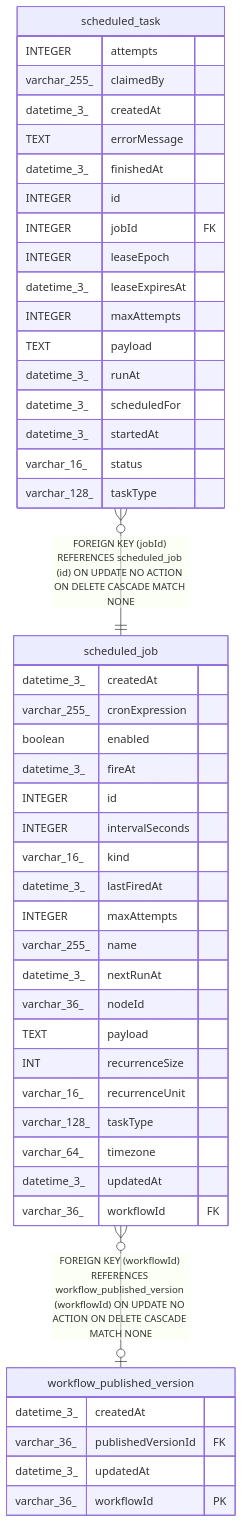
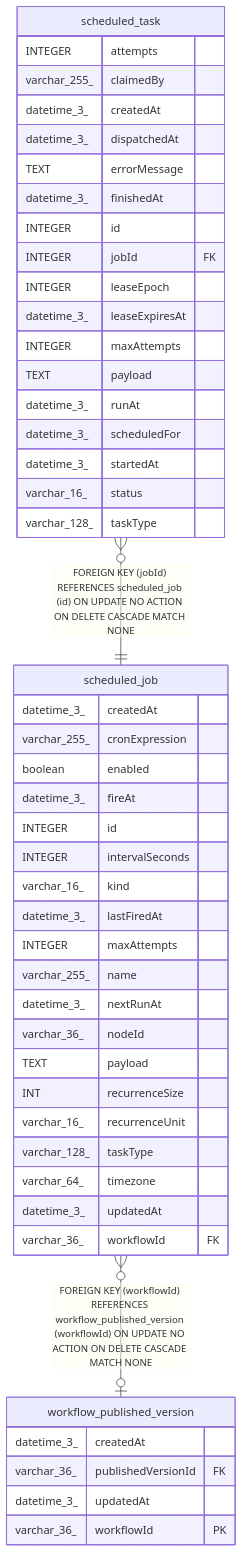
The diagram in docs/generated/sqlite-schema/scheduled_job.md (mayankjain1815-commits/n8n), drawn with Mermaid before and after one commit. The commit also changed 35 other files, not shown here.

````diff
--- a/docs/generated/sqlite-schema/scheduled_job.md
+++ b/docs/generated/sqlite-schema/scheduled_job.md
@@ -62,52 +62,53 @@
 ```mermaid
 erDiagram
 
 "scheduled_task" }o--|| "scheduled_job" : "FOREIGN KEY (jobId) REFERENCES scheduled_job (id) ON UPDATE NO ACTION ON DELETE CASCADE MATCH NONE"
 "scheduled_job" }o--o| "workflow_published_version" : "FOREIGN KEY (workflowId) REFERENCES workflow_published_version (workflowId) ON UPDATE NO ACTION ON DELETE CASCADE MATCH NONE"
 
 "scheduled_job" {
   datetime_3_ createdAt
   varchar_255_ cronExpression
   boolean enabled
   datetime_3_ fireAt
   INTEGER id
   INTEGER intervalSeconds
   varchar_16_ kind
   datetime_3_ lastFiredAt
   INTEGER maxAttempts
   varchar_255_ name
   datetime_3_ nextRunAt
   varchar_36_ nodeId
   TEXT payload
   INT recurrenceSize
   varchar_16_ recurrenceUnit
   varchar_128_ taskType
   varchar_64_ timezone
   datetime_3_ updatedAt
   varchar_36_ workflowId FK
 }
 "scheduled_task" {
   INTEGER attempts
   varchar_255_ claimedBy
   datetime_3_ createdAt
+  datetime_3_ dispatchedAt
   TEXT errorMessage
   datetime_3_ finishedAt
   INTEGER id
   INTEGER jobId FK
   INTEGER leaseEpoch
   datetime_3_ leaseExpiresAt
   INTEGER maxAttempts
   TEXT payload
   datetime_3_ runAt
   datetime_3_ scheduledFor
   datetime_3_ startedAt
   varchar_16_ status
   varchar_128_ taskType
 }
 "workflow_published_version" {
   datetime_3_ createdAt
   varchar_36_ publishedVersionId FK
   datetime_3_ updatedAt
   varchar_36_ workflowId PK
 }
 ```
````
